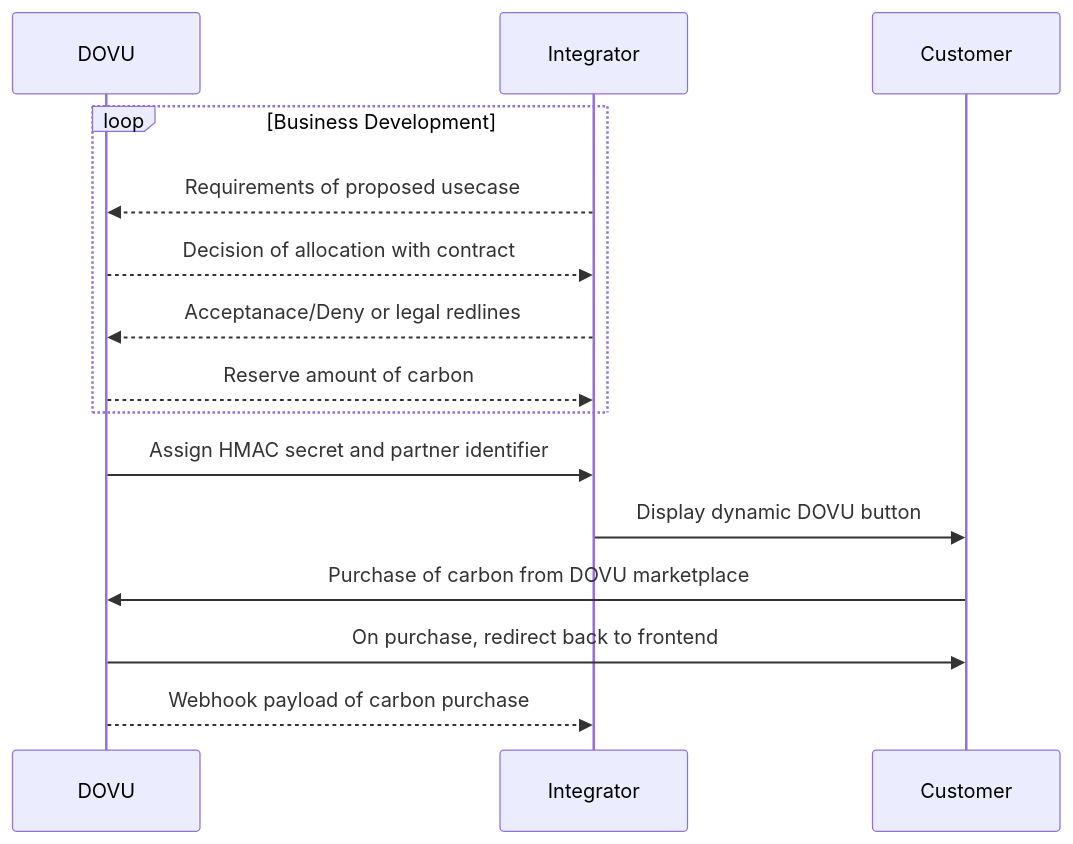
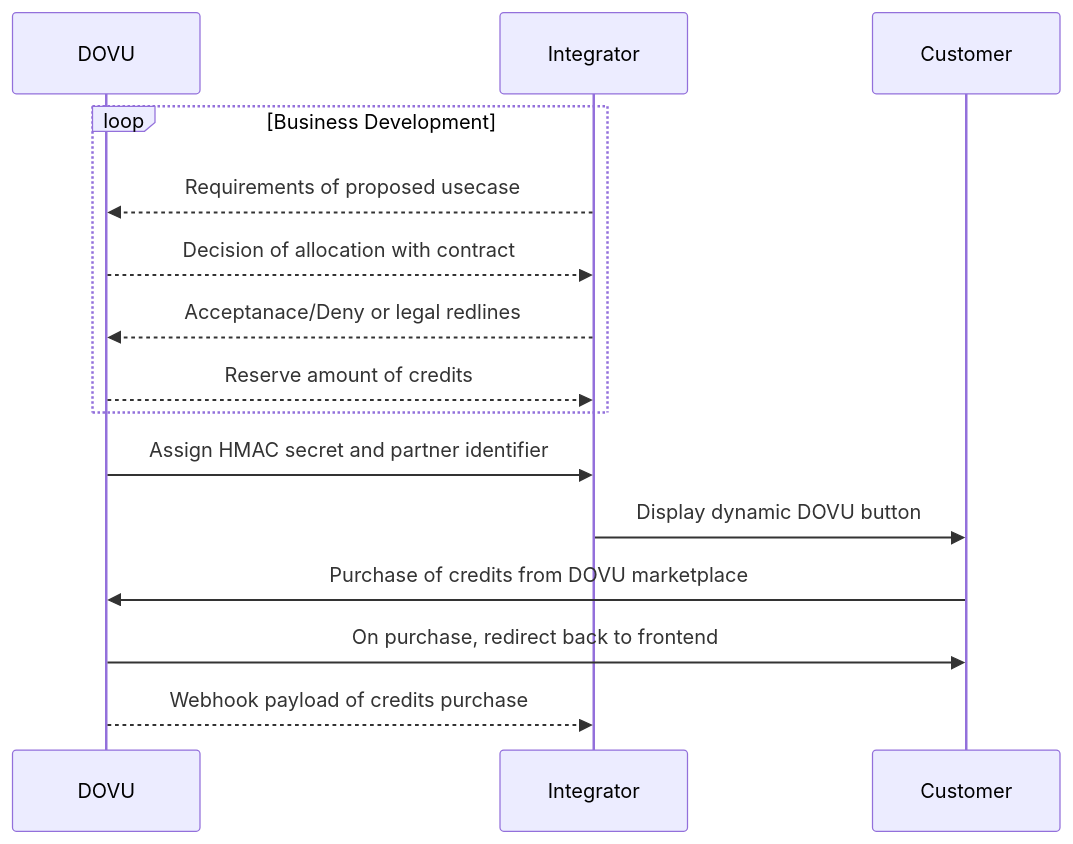
Before and after one commit to dovuofficial/dovu-offset-widget: the diagram in README.md, drawn with Mermaid. The commit also changed other lines of this file and 1 other file, not shown here.

Commit message:
[improvement] Remove mention of carbon and offsetting and replace with a more generic credit

````diff
--- a/README.md
+++ b/README.md
@@ -13,17 +13,17 @@
 ```mermaid
 sequenceDiagram
     participant DOVU
     participant Integrator
     loop Business Development
         Integrator-->>DOVU: Requirements of proposed usecase
         DOVU-->>Integrator: Decision of allocation with contract
         Integrator-->>DOVU: Acceptanace/Deny or legal redlines
-        DOVU-->>Integrator: Reserve amount of carbon
+        DOVU-->>Integrator: Reserve amount of credits
     end
 
     DOVU->>Integrator: Assign HMAC secret and partner identifier
-    Integrator->>Customer: Display dynamic DOVU button 
-    Customer->>DOVU: Purchase of carbon from DOVU marketplace
+    Integrator->>Customer: Display dynamic DOVU button
+    Customer->>DOVU: Purchase of credits from DOVU marketplace
     DOVU->>Customer: On purchase, redirect back to frontend
-    DOVU-->>Integrator: Webhook payload of carbon purchase
+    DOVU-->>Integrator: Webhook payload of credits purchase
 ```
````
